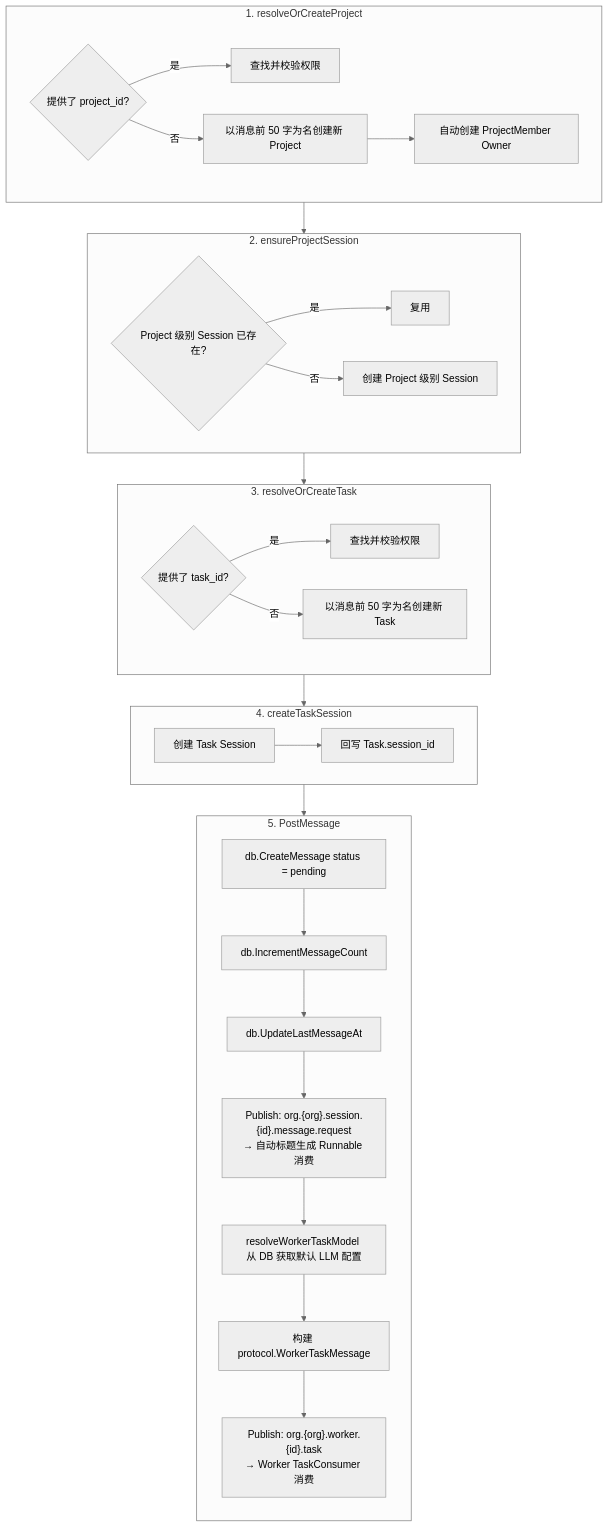
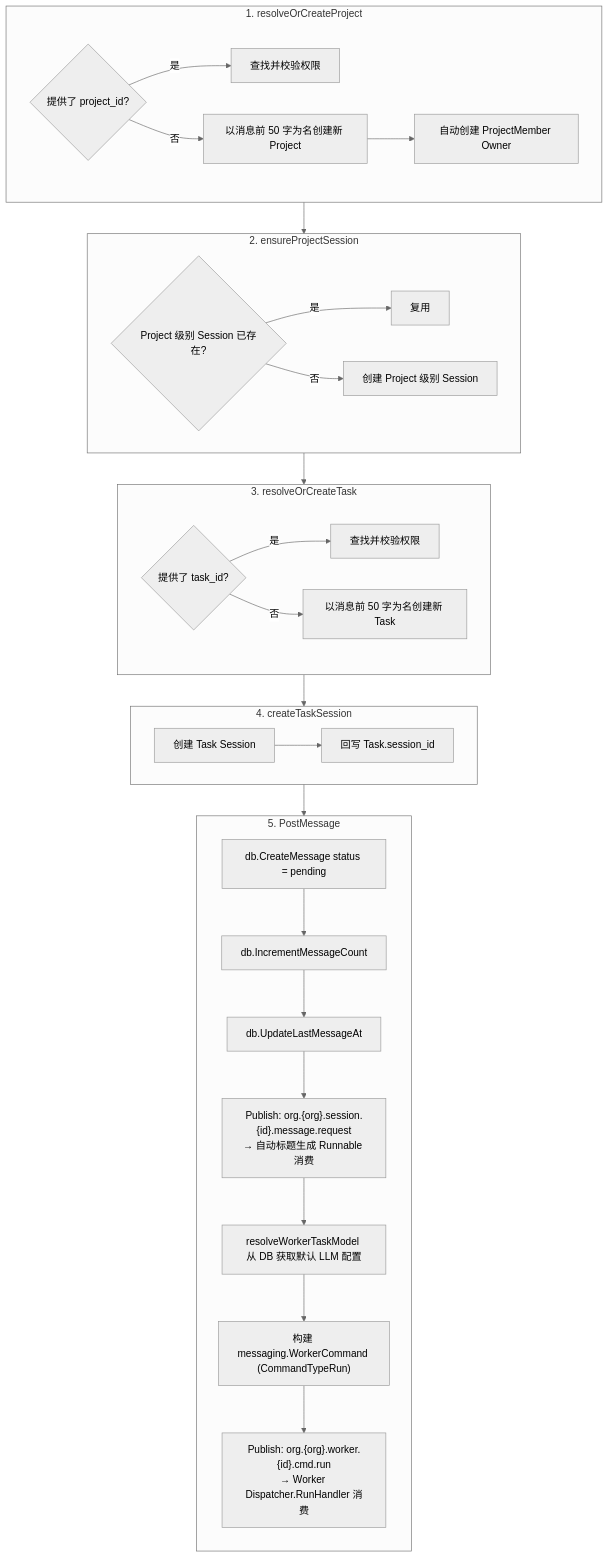
One commit to morehao/oss-insights changed the third of 8 diagrams in agent-product/leros/user-session-full-flow.md. Above: the diagram before and after it, drawn with Mermaid (neutral theme). The commit also changed other lines of this file and 4 other files, not shown here.

Commit message:
docs(leros): update architecture and data flow documents

````diff
--- a/agent-product/leros/user-session-full-flow.md
+++ b/agent-product/leros/user-session-full-flow.md
@@ -120,41 +121,41 @@
 ```mermaid
 flowchart TD
     subgraph S1["1. resolveOrCreateProject"]
         direction LR
         B_CHK{"提供了 project_id?"}
         B_CHK -->|是| B_OK[查找并校验权限]
         B_CHK -->|否| B_NEW[以消息前 50 字为名创建新 Project]
         B_NEW --> B_MEM[自动创建 ProjectMember Owner]
     end
 
     subgraph S2["2. ensureProjectSession"]
         direction LR
         C_CHK{"Project 级别 Session 已存在?"}
         C_CHK -->|是| C_REUSE[复用]
         C_CHK -->|否| C_NEW[创建 Project 级别 Session]
     end
 
     subgraph S3["3. resolveOrCreateTask"]
         direction LR
         D_CHK{"提供了 task_id?"}
         D_CHK -->|是| D_OK[查找并校验权限]
         D_CHK -->|否| D_NEW[以消息前 50 字为名创建新 Task]
     end
 
     subgraph S4["4. createTaskSession"]
         direction LR
         E_CREATE[创建 Task Session] --> E_BACK[回写 Task.session_id]
     end
 
     subgraph S5["5. PostMessage"]
         direction TB
         F1["db.CreateMessage status = pending"] --> F2["db.IncrementMessageCount"]
         F2 --> F3["db.UpdateLastMessageAt"]
         F3 --> F4["Publish: org.{org}.session.{id}.message.request<br/>→ 自动标题生成 Runnable 消费"]
         F4 --> F5["resolveWorkerTaskModel 从 DB 获取默认 LLM 配置"]
-        F5 --> F6["构建 protocol.WorkerTaskMessage"]
-        F6 --> F7["Publish: org.{org}.worker.{id}.task<br/>→ Worker TaskConsumer 消费"]
+        F5 --> F6["构建 messaging.WorkerCommand (CommandTypeRun)"]
+        F6 --> F7["Publish: org.{org}.worker.{id}.cmd.run<br/>→ Worker Dispatcher.RunHandler 消费"]
     end
 
     S1 --> S2 --> S3 --> S4 --> S5
 ```
````
